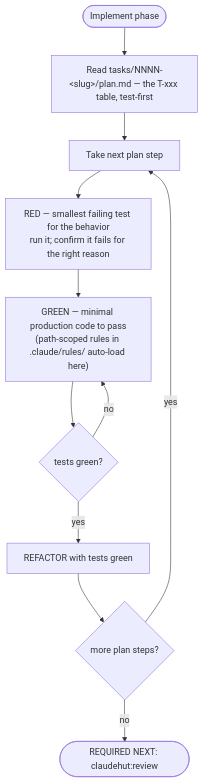
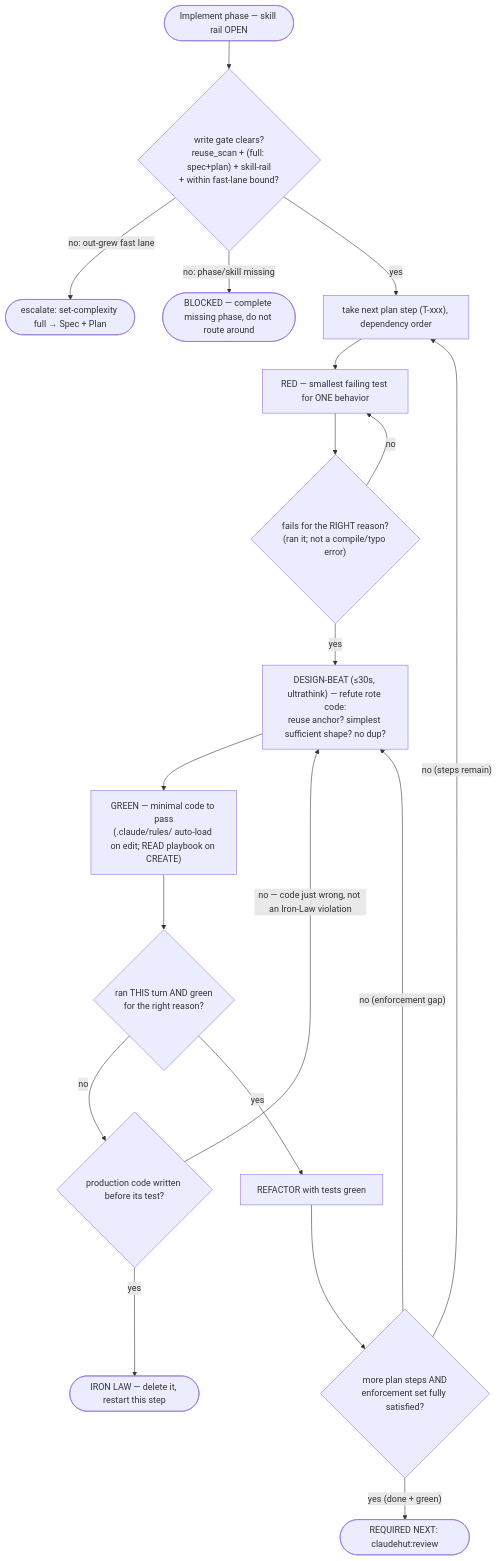
One commit to taipt1504/claudehut changed the first of 2 diagrams in skills/implement/SKILL.md. Above: the diagram before and after it, drawn with Mermaid. The commit also changed other lines of this file and 22 other files, not shown here.

First line of the commit message:
feat(v0.8): skill+agent prompts — gates wired, ultra-flow diagrams, concision

````diff
--- a/skills/implement/SKILL.md
+++ b/skills/implement/SKILL.md
@@ -39,13 +38,21 @@
 ```mermaid
 flowchart TB
-    start([Implement phase]) --> plan["Read tasks/NNNN-&lt;slug&gt;/plan.md — the T-xxx table, test-first"]
-    plan --> step["Take next plan step"]
-    step --> red["RED — smallest failing test for the behavior<br/>run it; confirm it fails for the right reason"]
-    red --> green["GREEN — minimal production code to pass<br/>(path-scoped rules in .claude/rules/ auto-load here)"]
-    green --> rung{"tests green?"}
-    rung -- no --> green
-    rung -- yes --> refactor["REFACTOR with tests green"]
-    refactor --> more{"more plan steps?"}
-    more -- yes --> step
-    more -- no --> done([REQUIRED NEXT: claudehut:review])
+    start(["Implement phase — skill rail OPEN"]) --> gate{"write gate clears?<br/>reuse_scan + (full: spec+plan) + skill-rail<br/>+ within fast-lane bound?"}
+    gate -- "no: out-grew fast lane" --> esc(["escalate: set-complexity full → Spec + Plan"])
+    gate -- "no: phase/skill missing" --> esc2(["BLOCKED — complete missing phase, do not route around"])
+    gate -- "yes" --> step["take next plan step (T-xxx), dependency order"]
+    step --> red["RED — smallest failing test for ONE behavior"]
+    red --> rr{"fails for the RIGHT reason?<br/>(ran it; not a compile/typo error)"}
+    rr -- "no" --> red
+    rr -- "yes" --> beat["DESIGN-BEAT (≤30s, ultrathink) — refute rote code:<br/>reuse anchor? simplest sufficient shape? no dup?"]
+    beat --> green["GREEN — minimal code to pass<br/>(.claude/rules/ auto-load on edit; READ playbook on CREATE)"]
+    green --> ev{"ran THIS turn AND green<br/>for the right reason?"}
+    ev -- "no" --> iron{"production code written before its test?"}
+    iron -- "yes" --> del(["IRON LAW — delete it, restart this step"])
+    iron -- "no — code just wrong, not an Iron-Law violation" --> beat
+    ev -- "yes" --> refactor["REFACTOR with tests green"]
+    refactor --> more{"more plan steps AND<br/>enforcement set fully satisfied?"}
+    more -- "no (steps remain)" --> step
+    more -- "no (enforcement gap)" --> beat
+    more -- "yes (done + green)" --> done(["REQUIRED NEXT: claudehut:review"])
 ```
````
